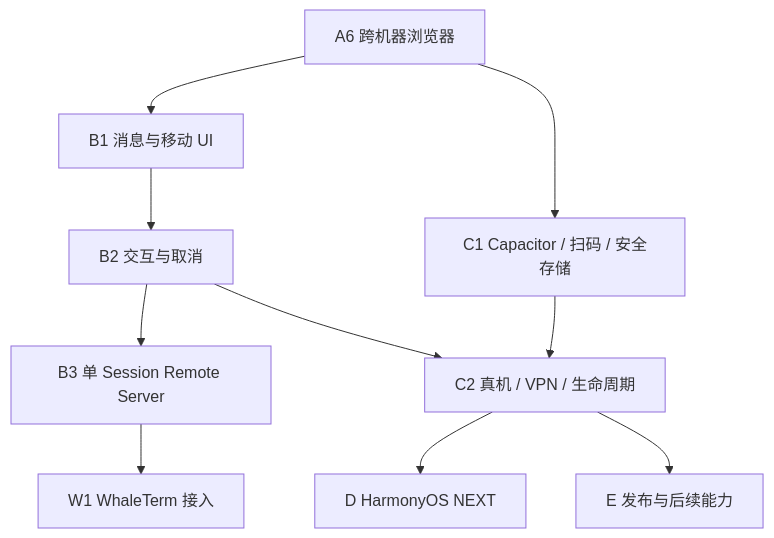
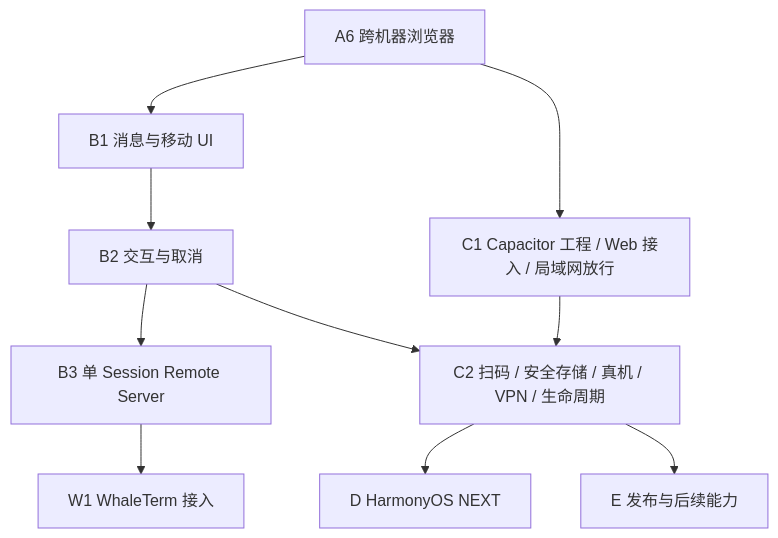
One commit to tea4go/claude-mobile-remote changed the fourth of 4 diagrams in REQUIREMENTS.md. Above: the diagram before and after it, drawn with Mermaid. The commit also changed other lines of this file and 8 other files, not shown here.

````diff
--- a/REQUIREMENTS.md
+++ b/REQUIREMENTS.md
@@ -145,12 +145,12 @@
 ```mermaid
 flowchart TD
     A["A6 跨机器浏览器"] --> B1["B1 消息与移动 UI"]
     B1 --> B2["B2 交互与取消"]
     B2 --> B3["B3 单 Session Remote Server"]
-    A --> C1["C1 Capacitor / 扫码 / 安全存储"]
-    B2 --> C2["C2 真机 / VPN / 生命周期"]
+    A --> C1["C1 Capacitor 工程 / Web 接入 / 局域网放行"]
+    B2 --> C2["C2 扫码 / 安全存储 / 真机 / VPN / 生命周期"]
     C1 --> C2
     B3 --> W["W1 WhaleTerm 接入"]
     C2 --> D["D HarmonyOS NEXT"]
     C2 --> E["E 发布与后续能力"]
 ```
````
